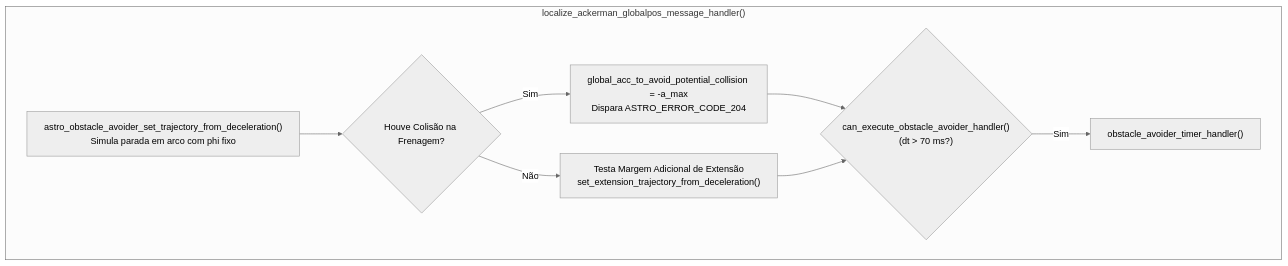
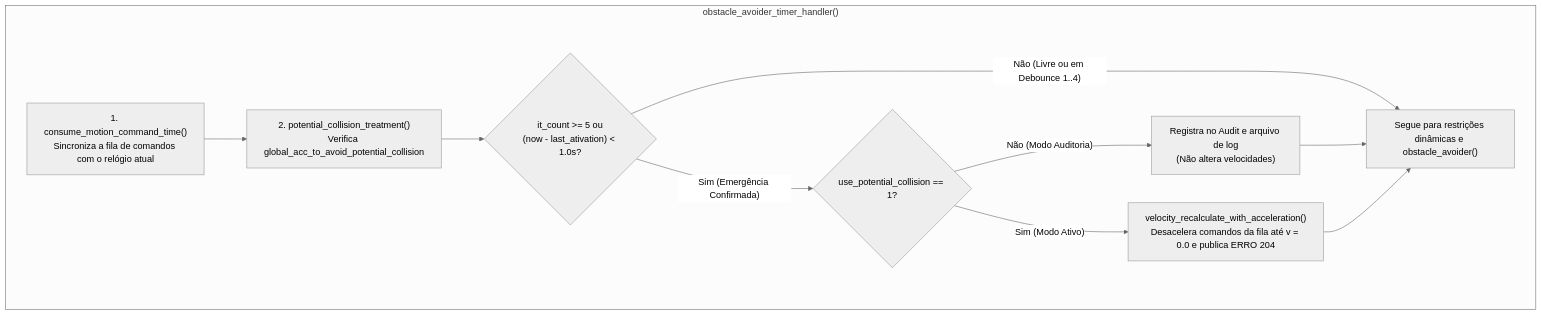
The first of 2 diagrams in README.md (BrenoCSilva/lume), drawn with Mermaid (neutral theme) before and after one commit. The commit also changed other lines of this file, not shown here.

````diff
--- a/README.md
+++ b/README.md
@@ -20,13 +19,17 @@
 ```mermaid
 flowchart TD
-    subgraph HANDLER ["localize_ackerman_globalpos_message_handler()"]
-        PREV["astro_obstacle_avoider_set_trajectory_from_deceleration()<br/>Simula parada em arco com phi fixo"]
-        PREV --> RES{"Houve Colisão na Frenagem?"}
-        RES -- "Sim" --> SET_ACC["global_acc_to_avoid_potential_collision = -a_max<br/>Dispara ASTRO_ERROR_CODE_204"]
-        RES -- "Não" --> CHECK_EXT["Testa Margem Adicional de Extensão<br/>set_extension_trajectory_from_deceleration()"]
+    subgraph TIMER ["obstacle_avoider_timer_handler()"]
+        CONS["1. consume_motion_command_time()<br/>Sincroniza a fila de comandos com o relógio atual"]
+        CONS --> PCT["2. potential_collision_treatment()<br/>Verifica global_acc_to_avoid_potential_collision"]
         
-        SET_ACC --> GATE{"can_execute_obstacle_avoider_handler()<br/>(dt &gt; 70 ms?)"}
-        CHECK_EXT --> GATE
-        GATE -- "Sim" --> TIMER["obstacle_avoider_timer_handler()"]
+        PCT --> DEB{"it_count &gt;= 5 ou<br/>(now - last_ativation) &lt; 1.0s?"}
+        DEB -- "Não (Livre ou em Debounce 1..4)" --> NEXT["Segue para restrições dinâmicas e obstacle_avoider()"]
+        
+        DEB -- "Sim (Emergência Confirmada)" --> MODE{"use_potential_collision == 1?"}
+        MODE -- "Não (Modo Auditoria)" --> AUDIT["Registra no Audit e arquivo de log<br/>(Não altera velocidades)"]
+        MODE -- "Sim (Modo Ativo)" --> RECALC["velocity_recalculate_with_acceleration()<br/>Desacelera comandos da fila até v = 0.0 e publica ERRO 204"]
+        
+        AUDIT --> NEXT
+        RECALC --> NEXT
     end
 ```
````
